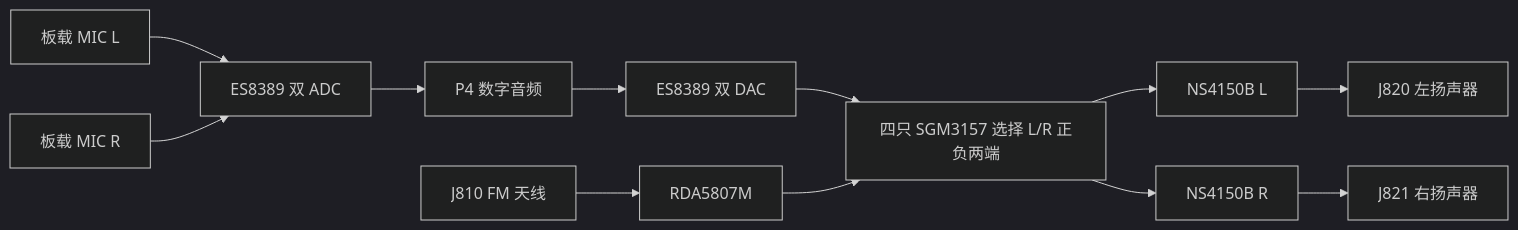
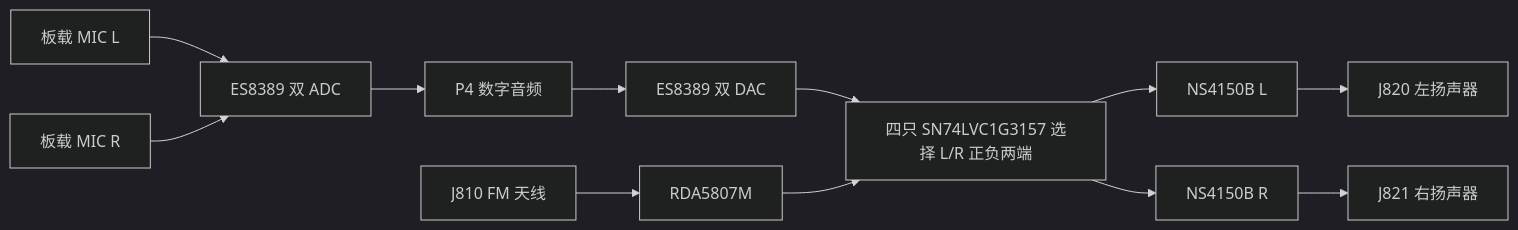
Before and after one commit to sundaydayhao/odb2-car-display: the diagram in display_board/hardware/display-carrier/AUDIO_ARCHITECTURE.md, drawn with Mermaid (dark theme). The commit also changed other lines of this file and 69 other files, not shown here.

````diff
--- a/display_board/hardware/display-carrier/AUDIO_ARCHITECTURE.md
+++ b/display_board/hardware/display-carrier/AUDIO_ARCHITECTURE.md
@@ -9,14 +11,14 @@
 ```mermaid
 flowchart LR
   ML[板载 MIC L] --> ADC[ES8389 双 ADC]
   MR[板载 MIC R] --> ADC
   ADC --> P4[P4 数字音频]
   P4 --> DAC[ES8389 双 DAC]
   ANT[J810 FM 天线] --> FM[RDA5807M]
-  DAC --> SW[四只 SGM3157 选择 L/R 正负两端]
+  DAC --> SW[四只 SN74LVC1G3157 选择 L/R 正负两端]
   FM --> SW
   SW --> PL[NS4150B L]
   SW --> PR[NS4150B R]
   PL --> SL[J820 左扬声器]
   PR --> SR[J821 右扬声器]
 ```
````
